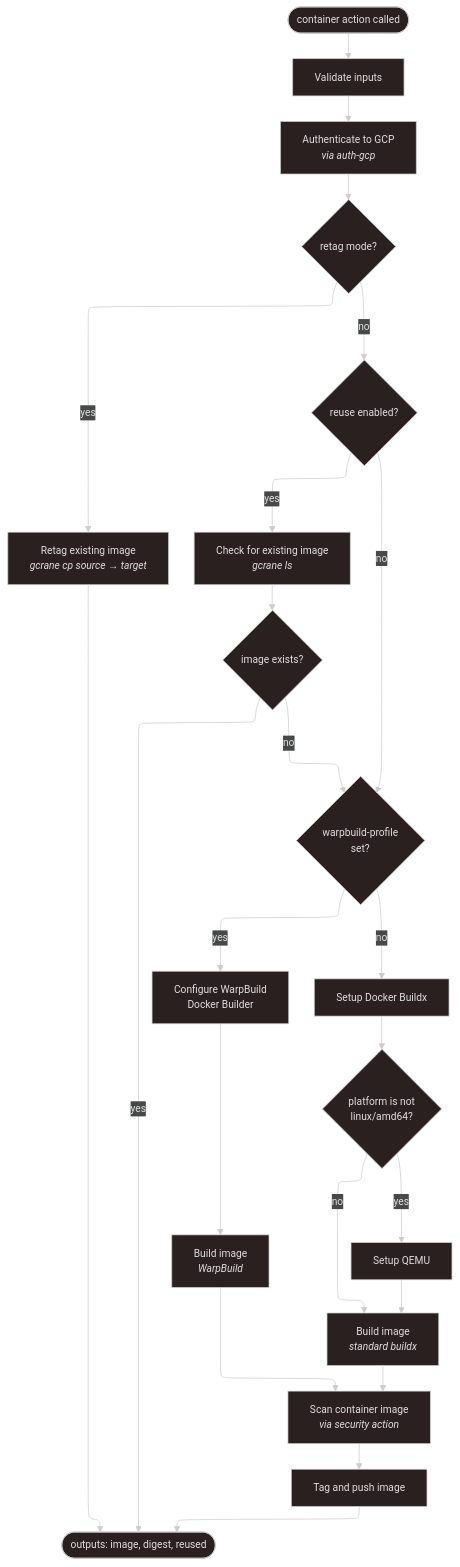
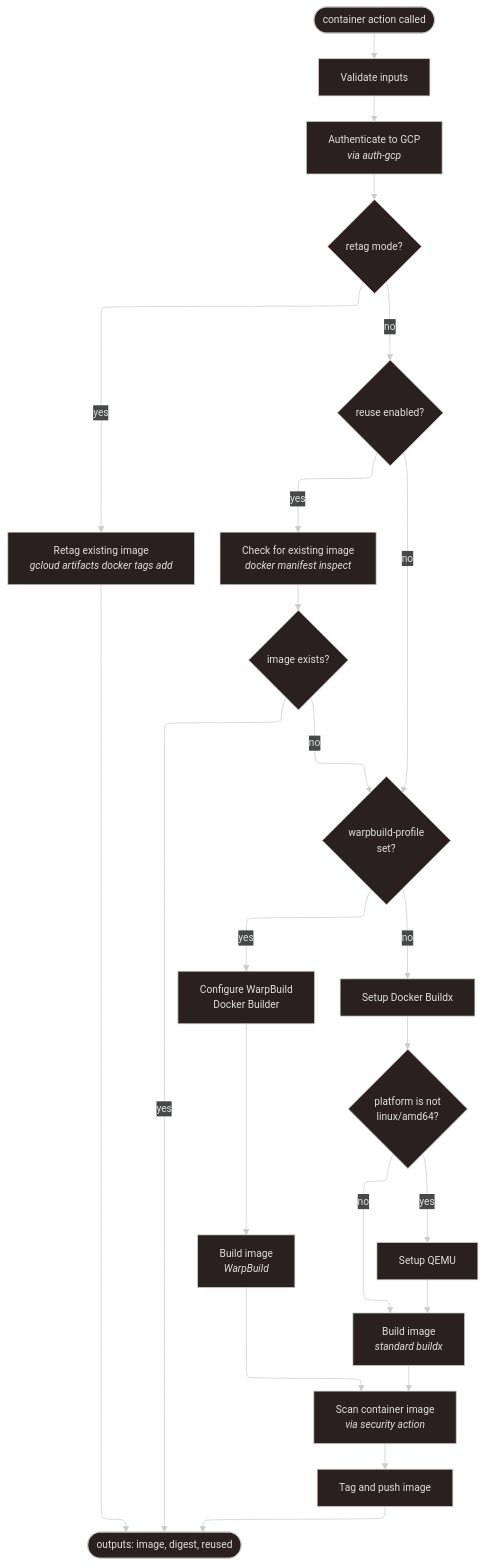
The sixth of 8 diagrams in docs/usage.md (credova/platform-workflows), drawn with Mermaid before and after one commit. The commit also changed other lines of this file and 11 other files, not shown here.

````diff
--- a/docs/usage.md
+++ b/docs/usage.md
@@ -967,50 +969,50 @@
 ```mermaid
 ---
 config:
   layout: elk
   theme: neo-dark
 ---
 flowchart TD
     IN(["container action called"])
 
     VAL["Validate inputs"]
     GCP["Authenticate to GCP\n<i>via auth-gcp</i>"]
 
     RETAG_CHECK{"retag mode?"}
-    RETAG["Retag existing image\n<i>gcrane cp source → target</i>"]
+    RETAG["Retag existing image\n<i>gcloud artifacts docker tags add</i>"]
 
     REUSE_CHECK{"reuse enabled?"}
-    REUSE["Check for existing image\n<i>gcrane ls</i>"]
+    REUSE["Check for existing image\n<i>docker manifest inspect</i>"]
     EXISTS{"image exists?"}
 
     WARP_CHECK{"warpbuild-profile\nset?"}
     WARP_SETUP["Configure WarpBuild\nDocker Builder"]
     WARP_BUILD["Build image\n<i>WarpBuild</i>"]
 
     BUILDX["Setup Docker Buildx"]
     QEMU{"platform is not\nlinux/amd64?"}
     QEMU_SETUP["Setup QEMU"]
     STD_BUILD["Build image\n<i>standard buildx</i>"]
 
     SCAN["Scan container image\n<i>via security action</i>"]
     PUSH["Tag and push image"]
 
     OUT(["outputs: image, digest, reused"])
 
     IN --> VAL --> GCP --> RETAG_CHECK
 
     RETAG_CHECK -->|yes| RETAG --> OUT
     RETAG_CHECK -->|no| REUSE_CHECK
 
     REUSE_CHECK -->|yes| REUSE --> EXISTS
     REUSE_CHECK -->|no| WARP_CHECK
     EXISTS -->|yes| OUT
     EXISTS -->|no| WARP_CHECK
 
     WARP_CHECK -->|yes| WARP_SETUP --> WARP_BUILD --> SCAN
     WARP_CHECK -->|no| BUILDX --> QEMU
     QEMU -->|yes| QEMU_SETUP --> STD_BUILD --> SCAN
     QEMU -->|no| STD_BUILD
 
     SCAN --> PUSH --> OUT
 ```
````
